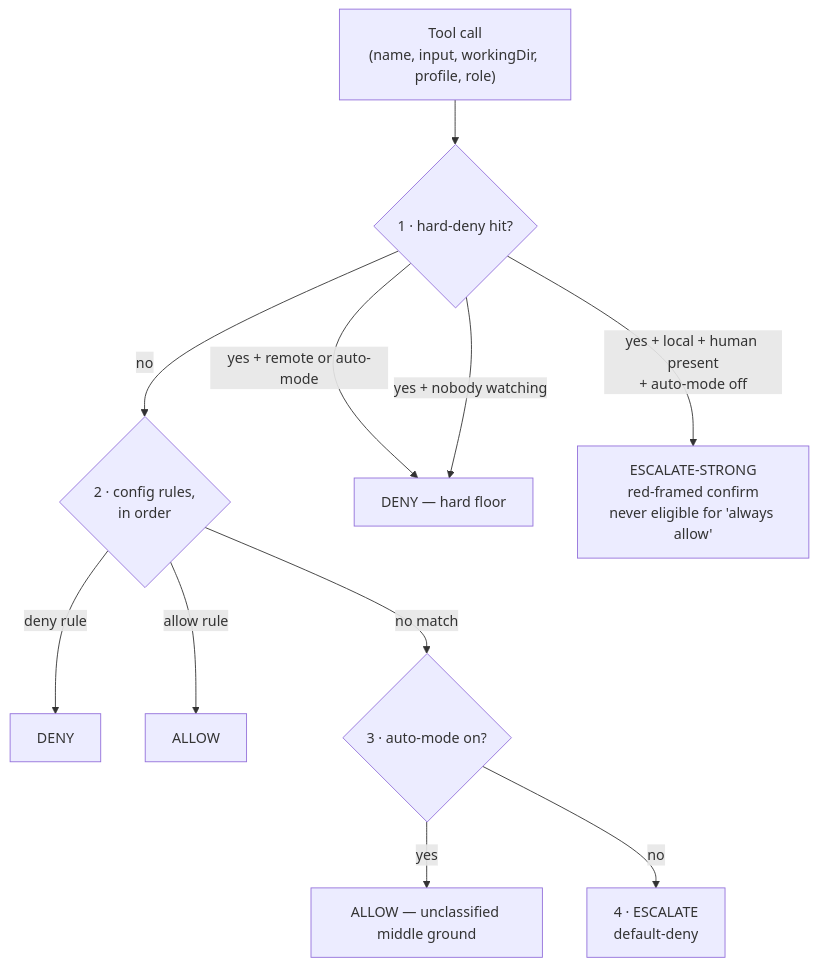
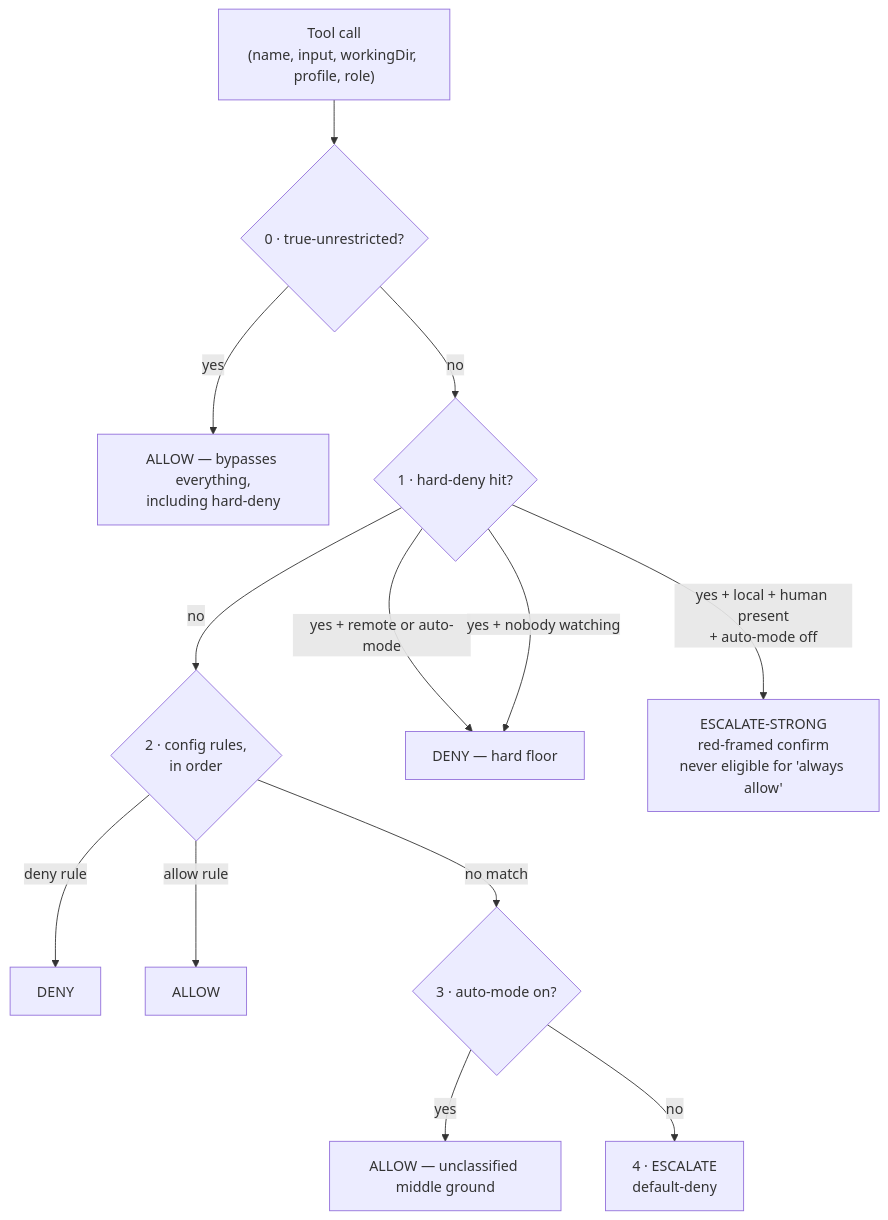
Before and after one commit to xing-101729/deskmony: the first of 3 diagrams in README.md, drawn with Mermaid. The commit also changed other lines of this file and 3 other files, not shown here.

First line of the commit message:
Add a capability-oriented FEATURES.md, refresh remote-capability claims in README/ARCHITECTURE

````diff
--- a/README.md
+++ b/README.md
@@ -49,13 +49,15 @@
 ```mermaid
 flowchart TB
-    Req["Tool call<br/>(name, input, workingDir, profile, role)"] --> HD{"1 · hard-deny hit?"}
+    Req["Tool call<br/>(name, input, workingDir, profile, role)"] --> TU{"0 · true-unrestricted?"}
+    TU -- yes --> Allow0["ALLOW — bypasses everything,<br/>including hard-deny"]
+    TU -- no --> HD{"1 · hard-deny hit?"}
     HD -- no --> Rules{"2 · config rules,<br/>in order"}
     HD -- "yes + remote or auto-mode" --> Deny["DENY — hard floor"]
     HD -- "yes + local + human present<br/>+ auto-mode off" --> Strong["ESCALATE-STRONG<br/>red-framed confirm<br/>never eligible for 'always allow'"]
     HD -- "yes + nobody watching" --> Deny
     Rules -- "deny rule" --> Deny2["DENY"]
     Rules -- "allow rule" --> Allow["ALLOW"]
     Rules -- "no match" --> Auto{"3 · auto-mode on?"}
     Auto -- yes --> Allow2["ALLOW — unclassified middle ground"]
     Auto -- no --> Esc["4 · ESCALATE<br/>default-deny"]
 ```
````
